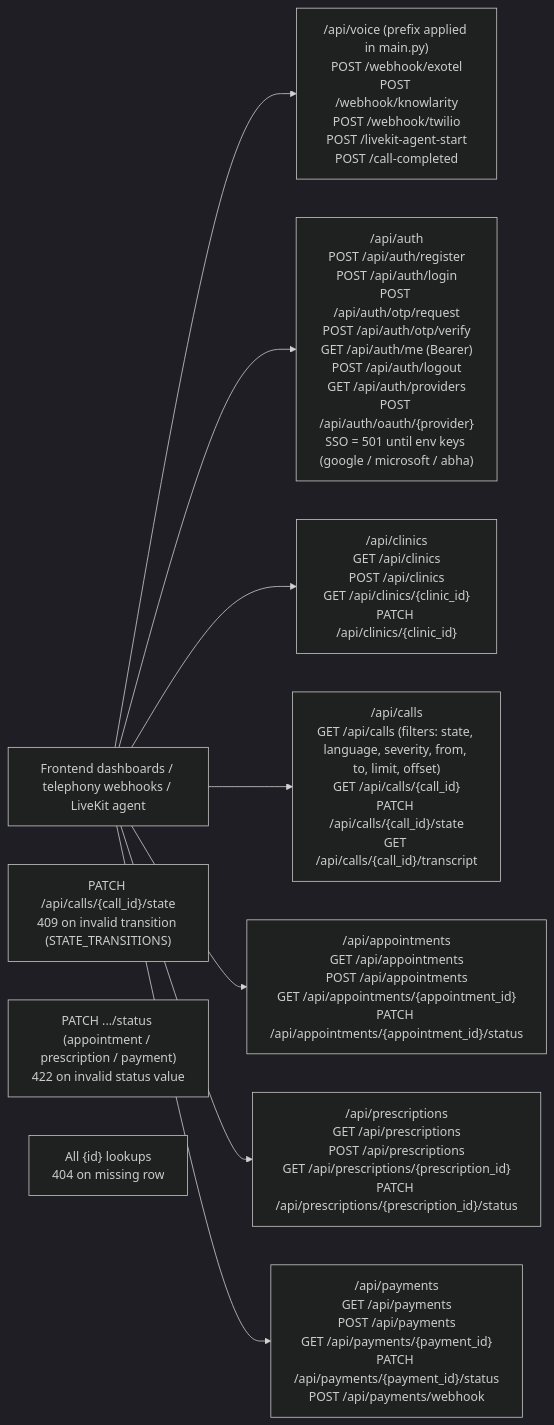
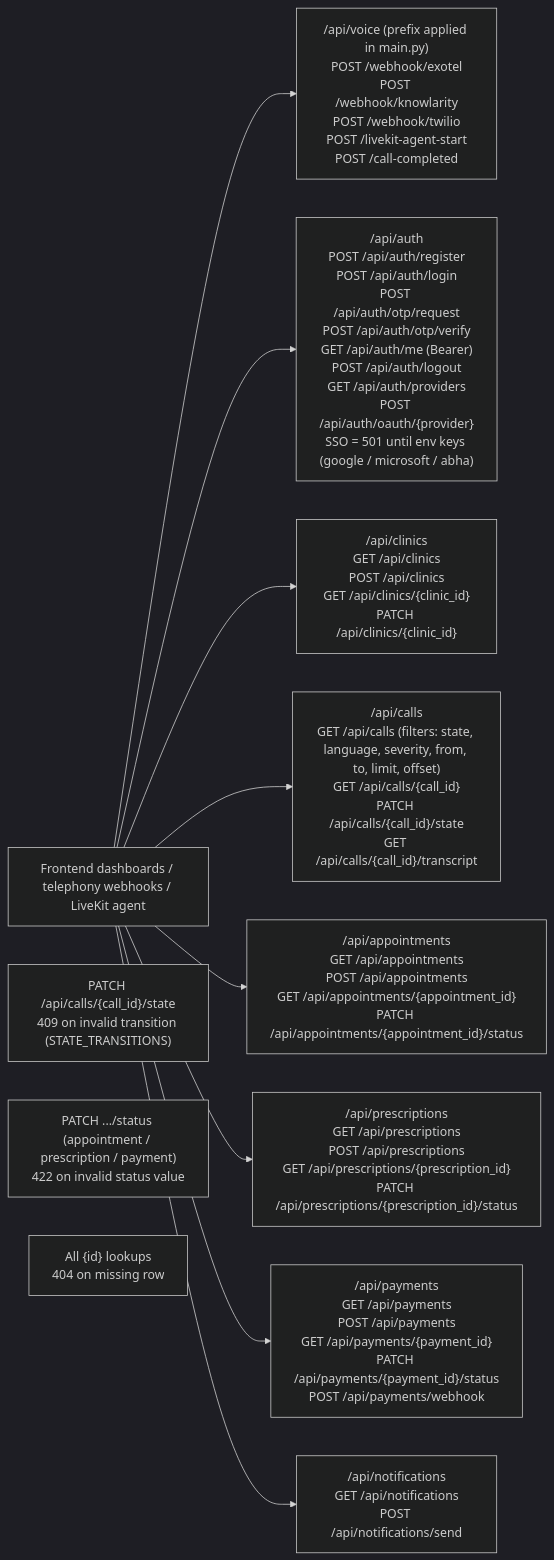
The diagram in docs/uml/03-api-contracts.md (ajayspi/MediCall-AI), drawn with Mermaid (dark theme) before and after one commit. The commit also changed other lines of this file and 11 other files, not shown here.

````diff
--- a/docs/uml/03-api-contracts.md
+++ b/docs/uml/03-api-contracts.md
@@ -3,22 +3,24 @@
 ```mermaid
 flowchart LR
     Client["Frontend dashboards / telephony webhooks / LiveKit agent"] --> Voice
     Client --> Auth
     Client --> Clinics
     Client --> Calls
     Client --> Appointments
     Client --> Prescriptions
     Client --> Payments
+    Client --> Notifications
 
     Auth["/api/auth<br/>POST /api/auth/register<br/>POST /api/auth/login<br/>POST /api/auth/otp/request<br/>POST /api/auth/otp/verify<br/>GET /api/auth/me (Bearer)<br/>POST /api/auth/logout<br/>GET /api/auth/providers<br/>POST /api/auth/oauth/{provider}<br/>SSO = 501 until env keys (google / microsoft / abha)"]
     Voice["/api/voice (prefix applied in main.py)<br/>POST /webhook/exotel<br/>POST /webhook/knowlarity<br/>POST /webhook/twilio<br/>POST /livekit-agent-start<br/>POST /call-completed"]
     Clinics["/api/clinics<br/>GET /api/clinics<br/>POST /api/clinics<br/>GET /api/clinics/{clinic_id}<br/>PATCH /api/clinics/{clinic_id}"]
     Calls["/api/calls<br/>GET /api/calls (filters: state, language, severity, from, to, limit, offset)<br/>GET /api/calls/{call_id}<br/>PATCH /api/calls/{call_id}/state<br/>GET /api/calls/{call_id}/transcript"]
     Appointments["/api/appointments<br/>GET /api/appointments<br/>POST /api/appointments<br/>GET /api/appointments/{appointment_id}<br/>PATCH /api/appointments/{appointment_id}/status"]
     Prescriptions["/api/prescriptions<br/>GET /api/prescriptions<br/>POST /api/prescriptions<br/>GET /api/prescriptions/{prescription_id}<br/>PATCH /api/prescriptions/{prescription_id}/status"]
     Payments["/api/payments<br/>GET /api/payments<br/>POST /api/payments<br/>GET /api/payments/{payment_id}<br/>PATCH /api/payments/{payment_id}/status<br/>POST /api/payments/webhook"]
+    Notifications["/api/notifications<br/>GET /api/notifications<br/>POST /api/notifications/send"]
 
     StateGuard["PATCH /api/calls/{call_id}/state<br/>409 on invalid transition (STATE_TRANSITIONS)"]
     StatusGuard["PATCH .../status (appointment / prescription / payment)<br/>422 on invalid status value"]
     NotFound["All {id} lookups<br/>404 on missing row"]
 ```
````
